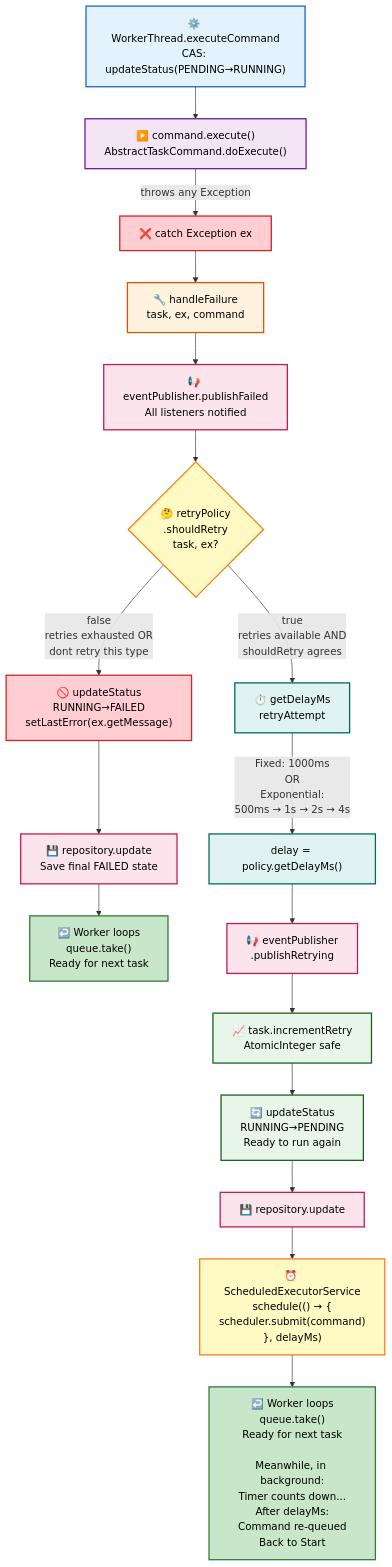
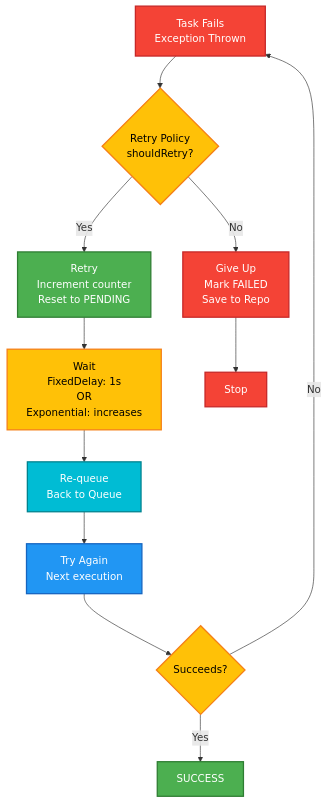
The fourth of 10 diagrams in src/main/java/com/taskscheduler/docs/diagrams.md (Ashjha75/Multi-threaded-task-scheduler), drawn with Mermaid before and after one commit. The commit also changed other lines of this file and 1 other file, not shown here.

````diff
--- a/src/main/java/com/taskscheduler/docs/diagrams.md
+++ b/src/main/java/com/taskscheduler/docs/diagrams.md
@@ -420,52 +107,38 @@
 ```mermaid
-flowchart TD
-    Start["⚙️ WorkerThread.executeCommand<br/>CAS: updateStatus(PENDING→RUNNING)"] --> Exec["▶️ command.execute()<br/>AbstractTaskCommand.doExecute()"]
-
-    Exec -->|"throws any Exception"| CatchEx["❌ catch Exception ex"]
-
-    CatchEx --> HandleFail["🔧 handleFailure<br/>task, ex, command"]
-
-    HandleFail --> PublishFail["📢 eventPublisher.publishFailed<br/>All listeners notified"]
-
-    PublishFail --> CheckRetry{"🤔 retryPolicy<br/>.shouldRetry<br/>task, ex?"}
-
-    CheckRetry -->|"false<br/>retries exhausted OR<br/>dont retry this type"| MarkFailed["🚫 updateStatus<br/>RUNNING→FAILED<br/>setLastError(ex.getMessage)"]
-
-    MarkFailed --> SaveFailed["💾 repository.update<br/>Save final FAILED state"]
-
-    SaveFailed --> LoopBack1["↩️ Worker loops<br/>queue.take()<br/>Ready for next task"]
-
-    CheckRetry -->|"true<br/>retries available AND<br/>shouldRetry agrees"| CalcDelay["⏱️ getDelayMs<br/>retryAttempt"]
-
-    CalcDelay -->|"Fixed: 1000ms<br/>OR<br/>Exponential:<br/>500ms → 1s → 2s → 4s"| Delay["delay = policy.getDelayMs()"]
-
-    Delay --> Publish2["📢 eventPublisher<br/>.publishRetrying"]
-
-    Publish2 --> IncrementRetry["📈 task.incrementRetry<br/>AtomicInteger safe"]
-
-    IncrementRetry --> ResetPending["🔄 updateStatus<br/>RUNNING→PENDING<br/>Ready to run again"]
-
-    ResetPending --> SaveRetry["💾 repository.update"]
-
-    SaveRetry --> Schedule["⏰ ScheduledExecutorService<br/>schedule(() → {<br/>scheduler.submit(command)<br/>}, delayMs)"]
-
-    Schedule --> LoopBack2["↩️ Worker loops<br/>queue.take()<br/>Ready for next task<br/><br/>Meanwhile, in background:<br/>Timer counts down...<br/>After delayMs:<br/>Command re-queued<br/>Back to Start"]
-
-    style Start fill:#e3f2fd,stroke:#1565c0,color:#000,stroke-width:2px
-    style Exec fill:#f3e5f5,stroke:#6a1b9a,color:#000,stroke-width:2px
-    style CatchEx fill:#ffcdd2,stroke:#c62828,color:#000,stroke-width:2px
-    style HandleFail fill:#fff3e0,stroke:#e65100,color:#000,stroke-width:2px
-    style PublishFail fill:#fce4ec,stroke:#c2185b,color:#000,stroke-width:2px
-    style CheckRetry fill:#fff9c4,stroke:#f57f17,color:#000,stroke-width:2px
-    style MarkFailed fill:#ffcdd2,stroke:#c62828,color:#000,stroke-width:2px
-    style SaveFailed fill:#fce4ec,stroke:#c2185b,color:#000,stroke-width:2px
-    style LoopBack1 fill:#c8e6c9,stroke:#2e7d32,color:#000,stroke-width:2px
-    style CalcDelay fill:#e0f2f1,stroke:#00695c,color:#000,stroke-width:2px
-    style Delay fill:#e0f2f1,stroke:#00695c,color:#000,stroke-width:2px
-    style Publish2 fill:#fce4ec,stroke:#c2185b,color:#000,stroke-width:2px
-    style IncrementRetry fill:#e8f5e9,stroke:#1b5e20,color:#000,stroke-width:2px
-    style ResetPending fill:#e8f5e9,stroke:#1b5e20,color:#000,stroke-width:2px
-    style SaveRetry fill:#fce4ec,stroke:#c2185b,color:#000,stroke-width:2px
-    style Schedule fill:#fff9c4,stroke:#f57f17,color:#000,stroke-width:2px
-    style LoopBack2 fill:#c8e6c9,stroke:#2e7d32,color:#000,stroke-width:2px
+graph TD
+    Fail["Task Fails<br/>Exception Thrown"]
+    
+    Check{"Retry Policy<br/>shouldRetry?"}
+    
+    NoRetry["Give Up<br/>Mark FAILED<br/>Save to Repo"]
+    
+    YesRetry["Retry<br/>Increment counter<br/>Reset to PENDING"]
+    
+    Wait["Wait<br/>FixedDelay: 1s<br/>OR<br/>Exponential: increases"]
+    
+    Requeue["Re-queue<br/>Back to Queue"]
+    
+    Again["Try Again<br/>Next execution"]
+    
+    Fail --> Check
+    Check -->|No| NoRetry
+    Check -->|Yes| YesRetry
+    YesRetry --> Wait
+    Wait --> Requeue
+    Requeue --> Again
+    NoRetry --> Done["Stop"]
+    Again --> Either{"Succeeds?"}
+    Either -->|Yes| Success["SUCCESS"]
+    Either -->|No| Fail
+    
+    style Fail fill:#F44336,stroke:#C62828,color:#fff,stroke-width:2px
+    style NoRetry fill:#F44336,stroke:#C62828,color:#fff,stroke-width:2px
+    style YesRetry fill:#4CAF50,stroke:#2E7D32,color:#fff,stroke-width:2px
+    style Wait fill:#FFC107,stroke:#F57F17,color:#000,stroke-width:2px
+    style Requeue fill:#00BCD4,stroke:#00838F,color:#fff,stroke-width:2px
+    style Again fill:#2196F3,stroke:#1565C0,color:#fff,stroke-width:2px
+    style Success fill:#4CAF50,stroke:#2E7D32,color:#fff,stroke-width:2px
+    style Check fill:#FFC107,stroke:#F57F17,color:#000,stroke-width:2px
+    style Either fill:#FFC107,stroke:#F57F17,color:#000,stroke-width:2px
+    style Done fill:#F44336,stroke:#C62828,color:#fff,stroke-width:2px
 ```
````
